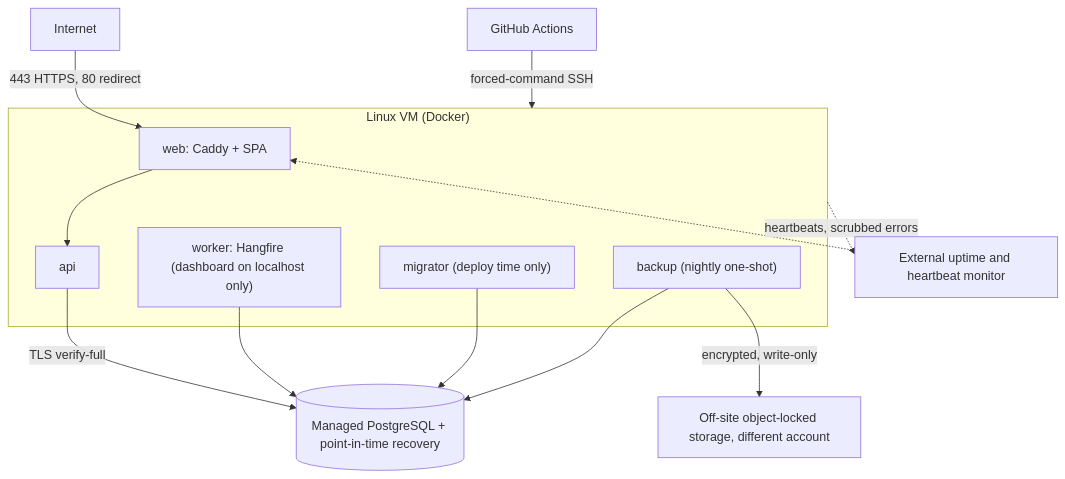
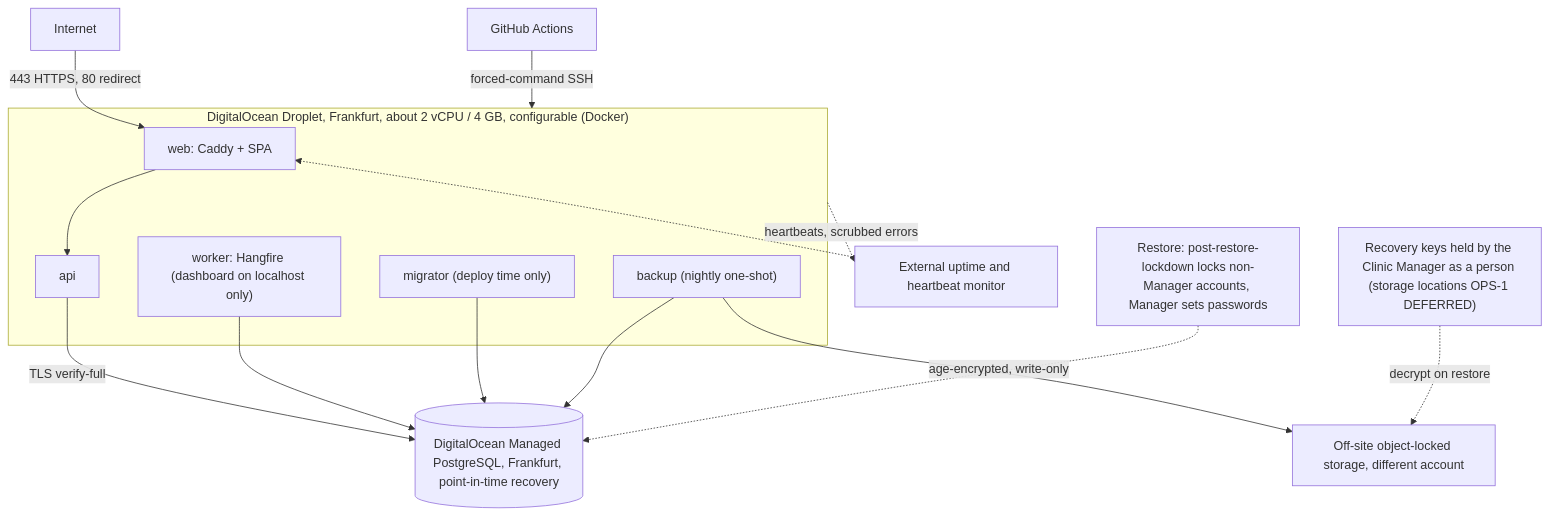
Before and after one commit to mostafaabdullah11/Dental-clinical-system: the diagram in docs/diagrams/diagram-21-deployment-architecture.mmd, drawn with Mermaid. The commit also changed 51 other files, not shown here.

```diff
--- a/docs/diagrams/diagram-21-deployment-architecture.mmd
+++ b/docs/diagrams/diagram-21-deployment-architecture.mmd
@@ -1,16 +1,18 @@
 flowchart TB
     NET["Internet"] -->|"443 HTTPS, 80 redirect"| WEB
-    subgraph VM["Linux VM (Docker)"]
+    subgraph VM["DigitalOcean Droplet, Frankfurt, about 2 vCPU / 4 GB, configurable (Docker)"]
         WEB["web: Caddy + SPA"] --> API["api"]
         WRK["worker: Hangfire (dashboard on localhost only)"]
         MIG["migrator (deploy time only)"]
         BKP["backup (nightly one-shot)"]
     end
-    API -->|"TLS verify-full"| PG[("Managed PostgreSQL + point-in-time recovery")]
+    API -->|"TLS verify-full"| PG[("DigitalOcean Managed PostgreSQL, Frankfurt, point-in-time recovery")]
     WRK --> PG
     MIG --> PG
     BKP --> PG
-    BKP -->|"encrypted, write-only"| OFF["Off-site object-locked storage, different account"]
+    BKP -->|"age-encrypted, write-only"| OFF["Off-site object-locked storage, different account"]
+    KEYS["Recovery keys held by the Clinic Manager as a person (storage locations OPS-1 DEFERRED)"] -.->|"decrypt on restore"| OFF
     MON["External uptime and heartbeat monitor"] -.-> WEB
     VM -.->|"heartbeats, scrubbed errors"| MON
     GH["GitHub Actions"] -->|"forced-command SSH"| VM
+    RST["Restore: post-restore-lockdown locks non-Manager accounts, Manager sets passwords"] -.-> PG
```
